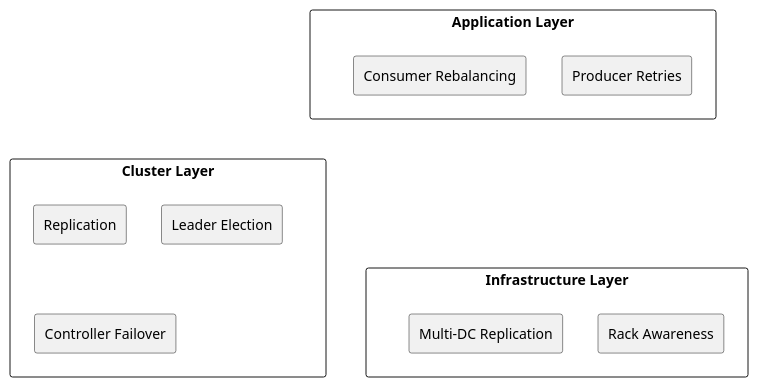
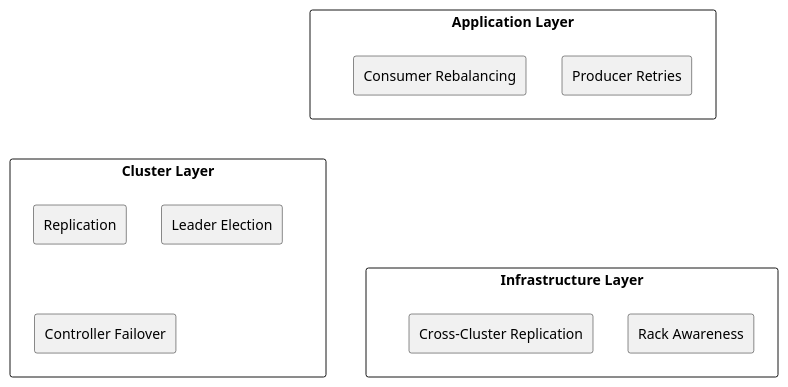
One commit to axonops/documentation changed the first of 4 diagrams in docs/data-platforms/kafka/architecture/fault-tolerance/index.md. Above: the diagram before and after it, drawn with PlantUML. The commit also changed other lines of this file and 34 other files, not shown here.

Commit message:
Updated Kafka architecture documents

````diff
--- a/docs/data-platforms/kafka/architecture/fault-tolerance/index.md
+++ b/docs/data-platforms/kafka/architecture/fault-tolerance/index.md
@@ -17,24 +17,24 @@
 ```plantuml
 @startuml
 
 rectangle "Application Layer" as app {
   rectangle "Producer Retries" as prod_retry
   rectangle "Consumer Rebalancing" as cons_rebal
 }
 
 rectangle "Cluster Layer" as cluster {
   rectangle "Replication" as repl
   rectangle "Leader Election" as elect
   rectangle "Controller Failover" as ctrl
 }
 
 rectangle "Infrastructure Layer" as infra {
   rectangle "Rack Awareness" as rack
-  rectangle "Multi-DC Replication" as multi_dc
+  rectangle "Cross-Cluster Replication" as multi_dc
 }
 
 app -[hidden]down- cluster
 cluster -[hidden]down- infra
 
 @enduml
 ```
````
